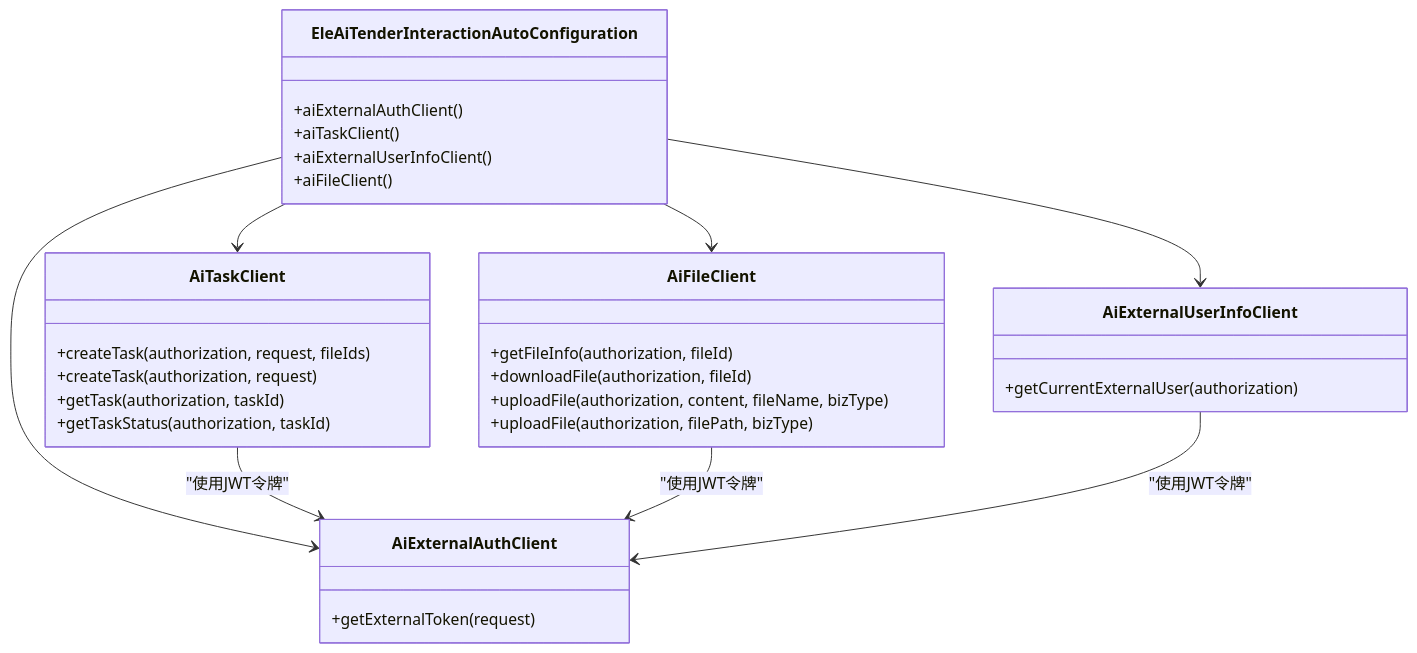
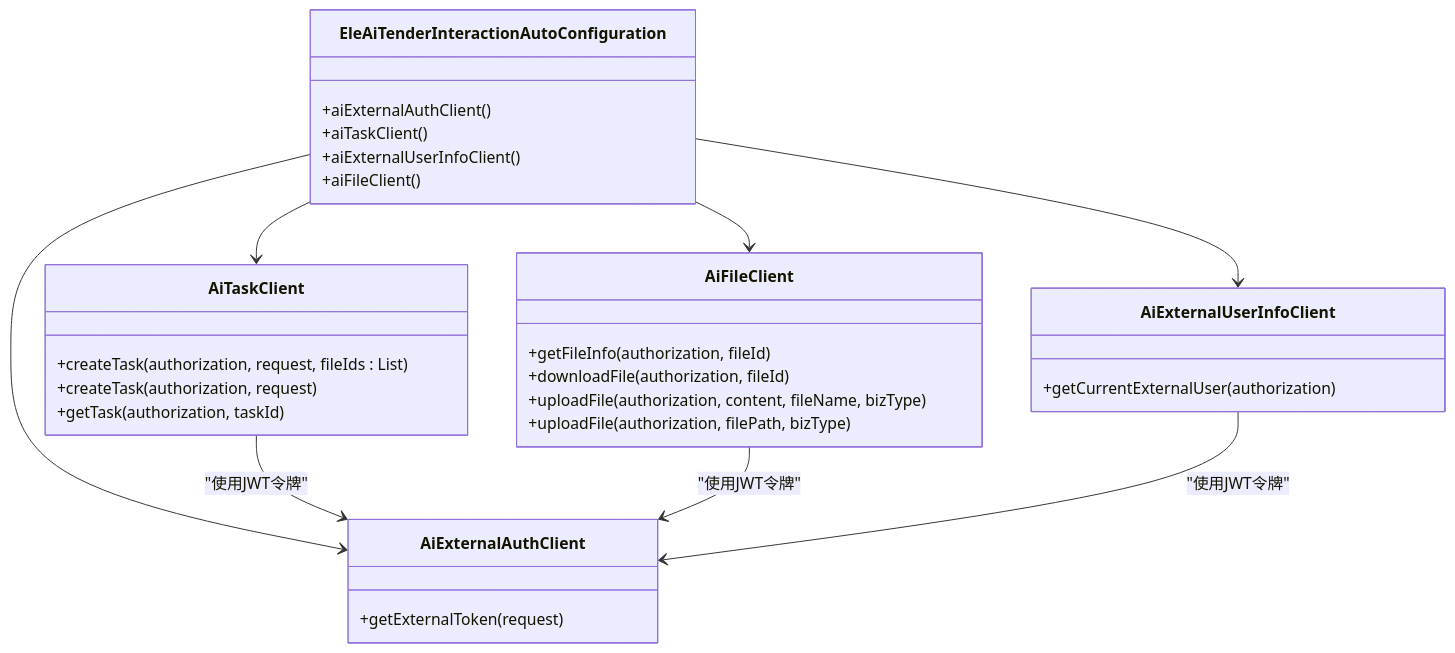
One commit to DrunkFood/First changed the seventh of 8 diagrams in .qoder/repowiki/zh/content/后端服务/交互服务 (ele-ai-tender-interaction)/AI任务管理系统.md. Above: the diagram before and after it, drawn with Mermaid. The commit also changed other lines of this file and 103 other files, not shown here.

````diff
--- a/.qoder/repowiki/zh/content/后端服务/交互服务 (ele-ai-tender-interaction)/AI任务管理系统.md
+++ b/.qoder/repowiki/zh/content/后端服务/交互服务 (ele-ai-tender-interaction)/AI任务管理系统.md
@@ -362,34 +362,33 @@
 ```mermaid
 classDiagram
 class EleAiTenderInteractionAutoConfiguration {
 +aiExternalAuthClient()
 +aiTaskClient()
 +aiExternalUserInfoClient()
 +aiFileClient()
 }
 class AiExternalAuthClient {
 +getExternalToken(request)
 }
 class AiTaskClient {
-+createTask(authorization, request, fileIds)
++createTask(authorization, request, fileIds : List<Long>)
 +createTask(authorization, request)
 +getTask(authorization, taskId)
-+getTaskStatus(authorization, taskId)
 }
 class AiExternalUserInfoClient {
 +getCurrentExternalUser(authorization)
 }
 class AiFileClient {
 +getFileInfo(authorization, fileId)
 +downloadFile(authorization, fileId)
 +uploadFile(authorization, content, fileName, bizType)
 +uploadFile(authorization, filePath, bizType)
 }
 EleAiTenderInteractionAutoConfiguration --> AiExternalAuthClient
 EleAiTenderInteractionAutoConfiguration --> AiTaskClient
 EleAiTenderInteractionAutoConfiguration --> AiExternalUserInfoClient
 EleAiTenderInteractionAutoConfiguration --> AiFileClient
 AiTaskClient --> AiExternalAuthClient : "使用JWT令牌"
 AiFileClient --> AiExternalAuthClient : "使用JWT令牌"
 AiExternalUserInfoClient --> AiExternalAuthClient : "使用JWT令牌"
 ```
````
